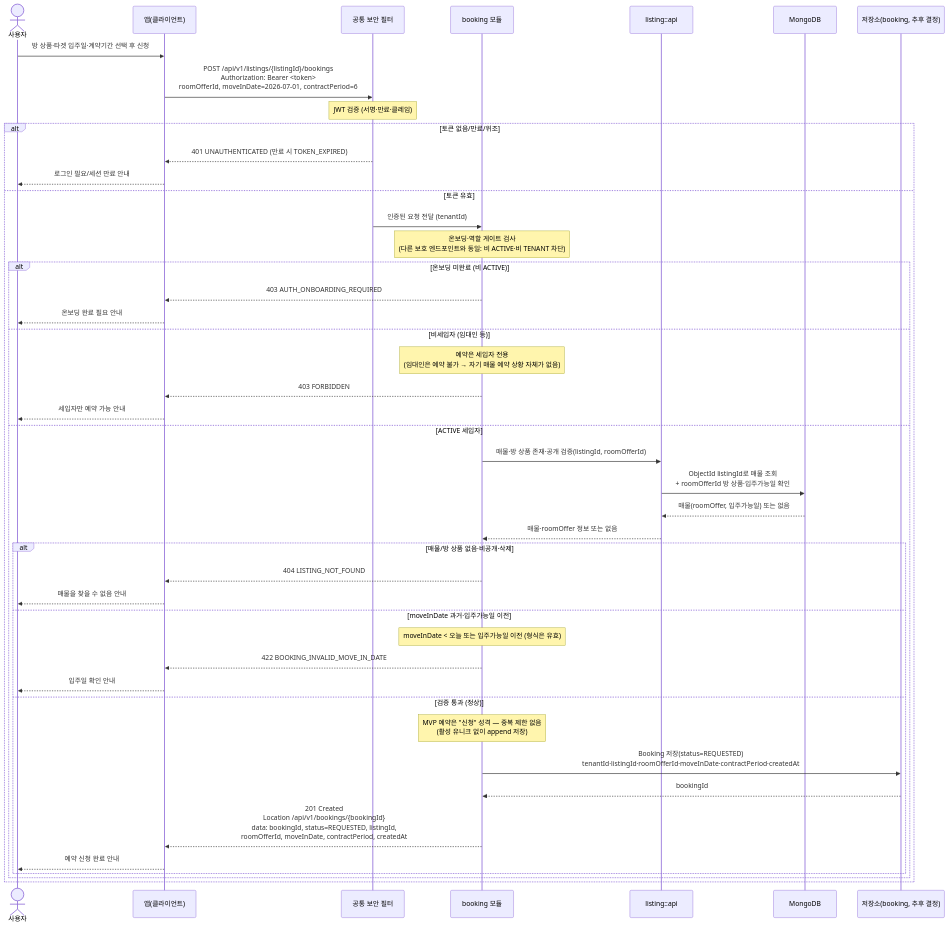
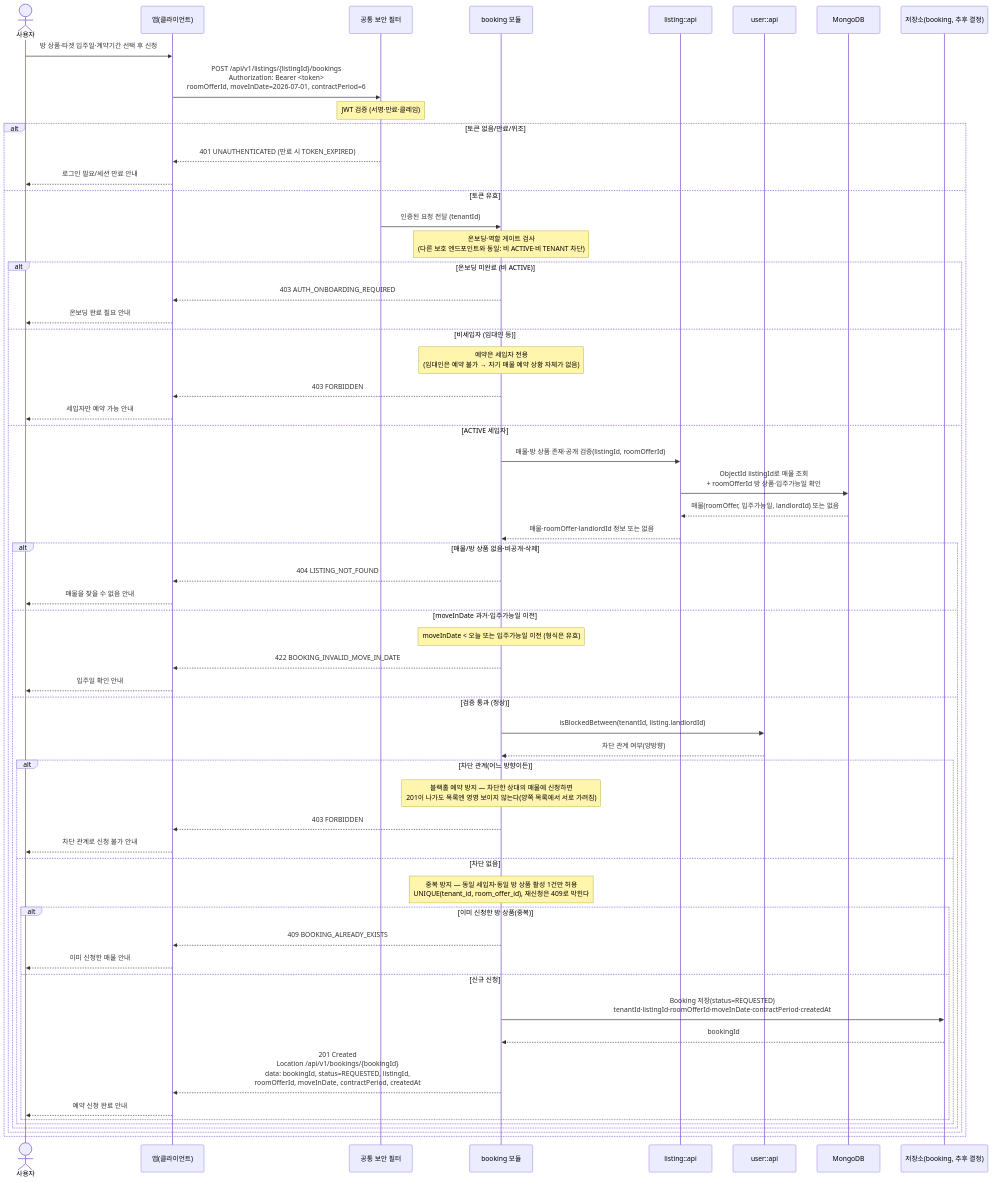
The diagram in docs/architecture/sequence-diagrams/04-booking-inquiry-chat/us-4-1-booking-create.md (jameskim9509/Kohere-backend), drawn with Mermaid before and after one commit. The commit also changed other lines of this file and 62 other files, not shown here.

First line of the commit message:
feat(booking): 예약 내역 삭제·차단·신고 API 추가 (#178)

````diff
--- a/docs/architecture/sequence-diagrams/04-booking-inquiry-chat/us-4-1-booking-create.md
+++ b/docs/architecture/sequence-diagrams/04-booking-inquiry-chat/us-4-1-booking-create.md
@@ -5,51 +5,66 @@
 ```mermaid
 sequenceDiagram
     actor U as 사용자
     participant C as 앱(클라이언트)
     participant SEC as 공통 보안 필터
     participant BOOK as booking 모듈
     participant LIST as listing::api
+    participant USER as user::api
     participant MDB as MongoDB
     participant XDB as 저장소(booking, 추후 결정)
 
     U->>C: 방 상품·타겟 입주일·계약기간 선택 후 신청
     C->>SEC: POST /api/v1/listings/{listingId}/bookings<br/>Authorization: Bearer <token><br/>roomOfferId, moveInDate=2026-07-01, contractPeriod=6
     Note over SEC: JWT 검증 (서명·만료·클레임)
 
     alt 토큰 없음/만료/위조
         SEC-->>C: 401 UNAUTHENTICATED (만료 시 TOKEN_EXPIRED)
         C-->>U: 로그인 필요/세션 만료 안내
     else 토큰 유효
         SEC->>BOOK: 인증된 요청 전달 (tenantId)
         Note over BOOK: 온보딩·역할 게이트 검사<br/>(다른 보호 엔드포인트와 동일: 비 ACTIVE·비 TENANT 차단)
 
         alt 온보딩 미완료 (비 ACTIVE)
             BOOK-->>C: 403 AUTH_ONBOARDING_REQUIRED
             C-->>U: 온보딩 완료 필요 안내
         else 비세입자 (임대인 등)
             Note over BOOK: 예약은 세입자 전용<br/>(임대인은 예약 불가 → 자기 매물 예약 상황 자체가 없음)
             BOOK-->>C: 403 FORBIDDEN
             C-->>U: 세입자만 예약 가능 안내
         else ACTIVE 세입자
             BOOK->>LIST: 매물·방 상품 존재·공개 검증(listingId, roomOfferId)
             LIST->>MDB: ObjectId listingId로 매물 조회<br/>+ roomOfferId 방 상품·입주가능일 확인
-            MDB-->>LIST: 매물(roomOffer, 입주가능일) 또는 없음
-            LIST-->>BOOK: 매물·roomOffer 정보 또는 없음
+            MDB-->>LIST: 매물(roomOffer, 입주가능일, landlordId) 또는 없음
+            LIST-->>BOOK: 매물·roomOffer·landlordId 정보 또는 없음
 
             alt 매물/방 상품 없음·비공개·삭제
                 BOOK-->>C: 404 LISTING_NOT_FOUND
                 C-->>U: 매물을 찾을 수 없음 안내
             else moveInDate 과거·입주가능일 이전
                 Note over BOOK: moveInDate < 오늘 또는 입주가능일 이전 (형식은 유효)
                 BOOK-->>C: 422 BOOKING_INVALID_MOVE_IN_DATE
                 C-->>U: 입주일 확인 안내
             else 검증 통과 (정상)
-                Note over BOOK: MVP 예약은 "신청" 성격 — 중복 제한 없음<br/>(활성 유니크 없이 append 저장)
-                BOOK->>XDB: Booking 저장(status=REQUESTED)<br/>tenantId·listingId·roomOfferId·moveInDate·contractPeriod·createdAt
-                XDB-->>BOOK: bookingId
-                BOOK-->>C: 201 Created<br/>Location /api/v1/bookings/{bookingId}<br/>data: bookingId, status=REQUESTED, listingId,<br/>roomOfferId, moveInDate, contractPeriod, createdAt
-                C-->>U: 예약 신청 완료 안내
+                BOOK->>USER: isBlockedBetween(tenantId, listing.landlordId)
+                USER-->>BOOK: 차단 관계 여부(양방향)
+
+                alt 차단 관계(어느 방향이든)
+                    Note over BOOK: 블랙홀 예약 방지 — 차단한 상대의 매물에 신청하면<br/>201이 나가도 목록엔 영영 보이지 않는다(양쪽 목록에서 서로 가려짐)
+                    BOOK-->>C: 403 FORBIDDEN
+                    C-->>U: 차단 관계로 신청 불가 안내
+                else 차단 없음
+                    Note over BOOK: 중복 방지 — 동일 세입자·동일 방 상품 활성 1건만 허용<br/>UNIQUE(tenant_id, room_offer_id), 재신청은 409로 막힌다
+                    alt 이미 신청한 방 상품(중복)
+                        BOOK-->>C: 409 BOOKING_ALREADY_EXISTS
+                        C-->>U: 이미 신청한 매물 안내
+                    else 신규 신청
+                        BOOK->>XDB: Booking 저장(status=REQUESTED)<br/>tenantId·listingId·roomOfferId·moveInDate·contractPeriod·createdAt
+                        XDB-->>BOOK: bookingId
+                        BOOK-->>C: 201 Created<br/>Location /api/v1/bookings/{bookingId}<br/>data: bookingId, status=REQUESTED, listingId,<br/>roomOfferId, moveInDate, contractPeriod, createdAt
+                        C-->>U: 예약 신청 완료 안내
+                    end
+                end
             end
         end
     end
 ```
````
